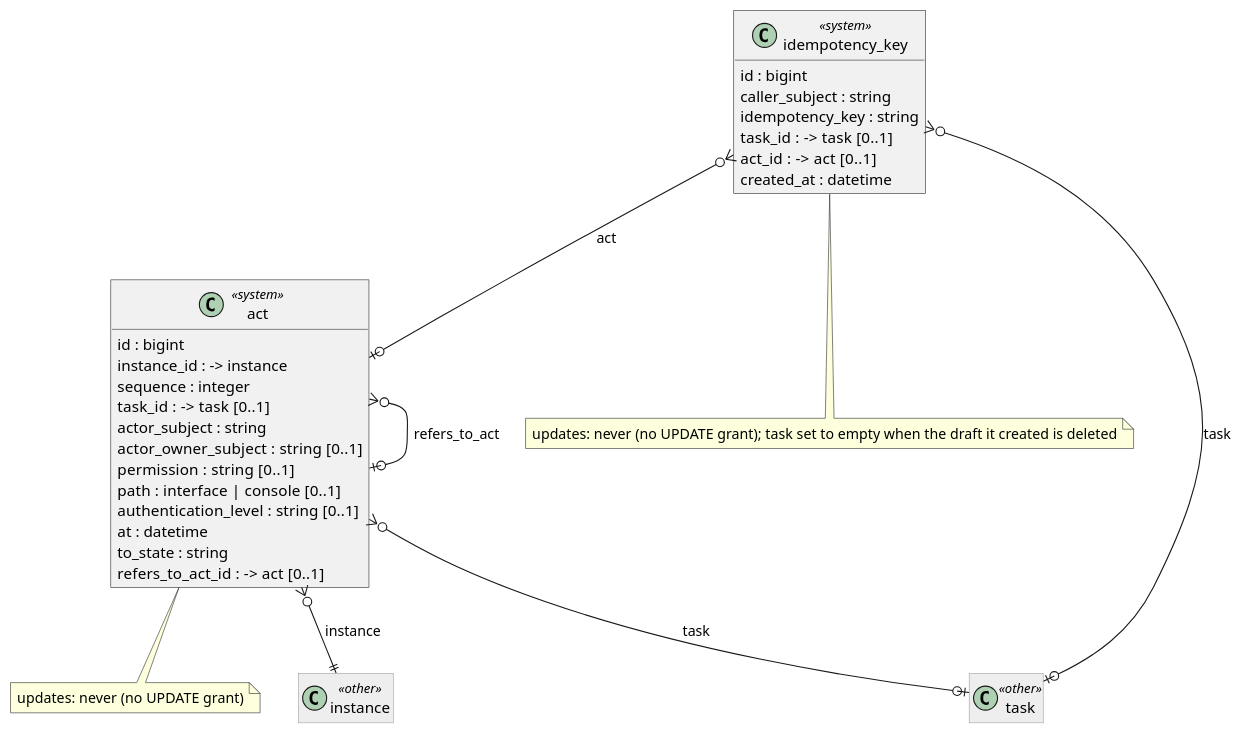
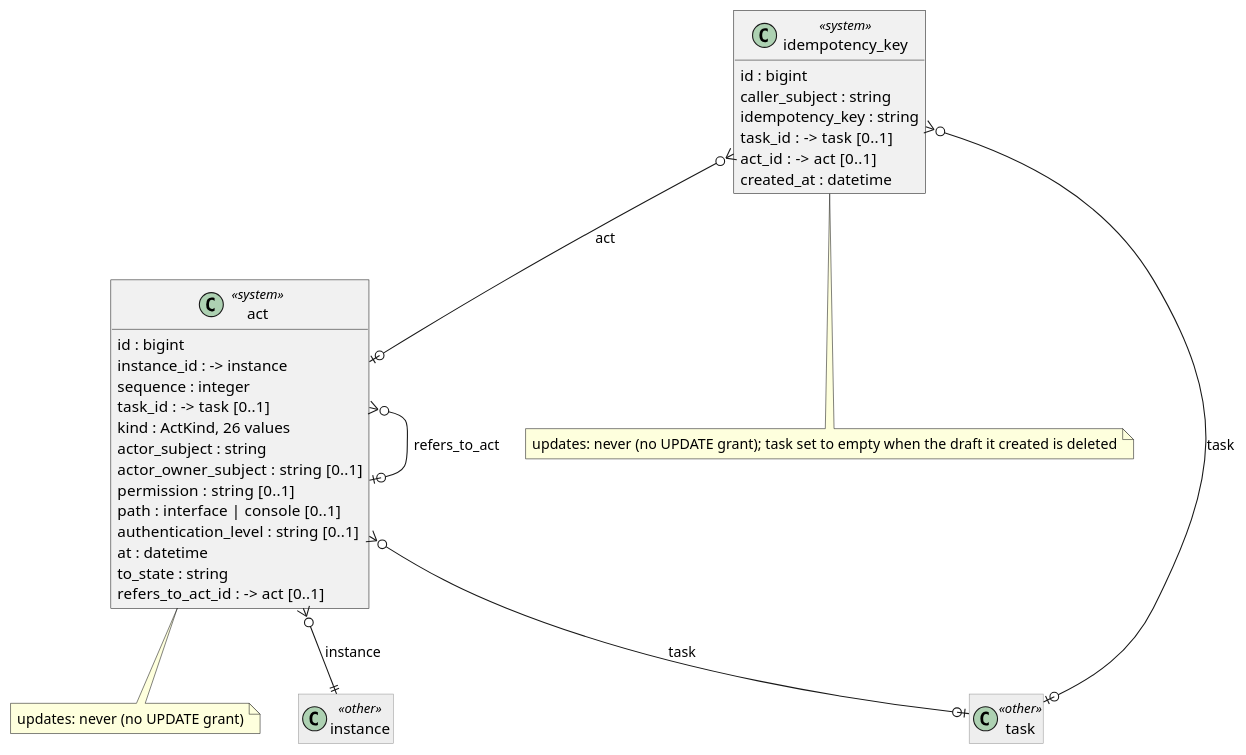
The diagram in docs/data-model/diagrams/03-trace.puml (Kumbuka-ai/kumbuka-dispatch), drawn with PlantUML before and after one commit. The commit also changed 2 other files, not shown here.

Commit message:
docs(data-model): show enumerations with many values in the diagrams
PlantUML read 'ActKind (26 values)' as a method and hid it, so act.kind and
content.kind were missing from diagrams 03 and 09.

```diff
--- a/docs/data-model/diagrams/03-trace.puml
+++ b/docs/data-model/diagrams/03-trace.puml
@@ -1,46 +1,46 @@
 @startuml 03-trace
 ' 03-trace (docs/data-model/groups/03-trace.md), generated from model/trace.linkml.yaml.
 ' Every table carries tenant_id and scope_id and a unique key (tenant_id, scope_id, id); every foreign
 ' key runs over tenant, scope and id (ADR-0042). Left out below. Tables of other groups are drawn grey.
 skinparam shadowing false
 skinparam roundcorner 0
 skinparam classAttributeIconSize 0
 hide methods
 hide empty members
 skinparam class<<other>> {
   BackgroundColor #EEEEEE
   BorderColor #999999
 }
 class act <<system>> {
   id : bigint
   instance_id : -> instance
   sequence : integer
   task_id : -> task  [0..1]
-  kind : ActKind (26 values)
+  kind : ActKind, 26 values
   actor_subject : string
   actor_owner_subject : string  [0..1]
   permission : string  [0..1]
   path : interface | console  [0..1]
   authentication_level : string  [0..1]
   at : datetime
   to_state : string
   refers_to_act_id : -> act  [0..1]
 }
 note bottom of act : updates: never (no UPDATE grant)
 class idempotency_key <<system>> {
   id : bigint
   caller_subject : string
   idempotency_key : string
   task_id : -> task  [0..1]
   act_id : -> act  [0..1]
   created_at : datetime
 }
 note bottom of idempotency_key : updates: never (no UPDATE grant); task set to empty when the draft it created is deleted
 class instance <<other>>
 class task <<other>>
 act }o--|| instance : instance
 act }o--o| task : task
 act }o--o| act : refers_to_act
 idempotency_key }o--o| task : task
 idempotency_key }o--o| act : act
 @enduml
```
